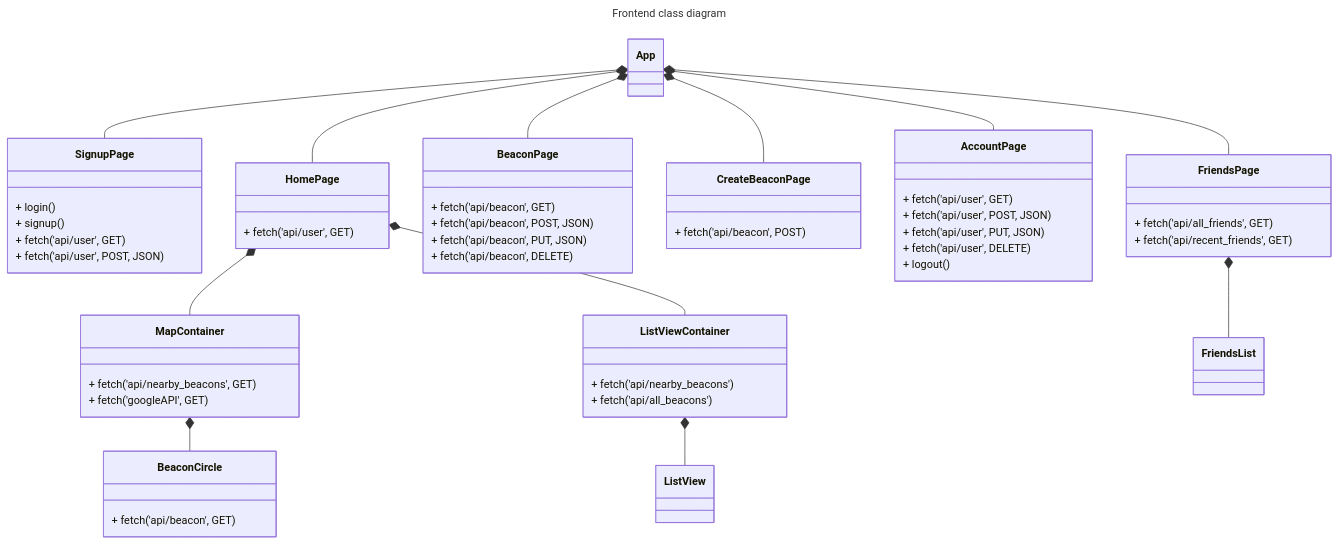
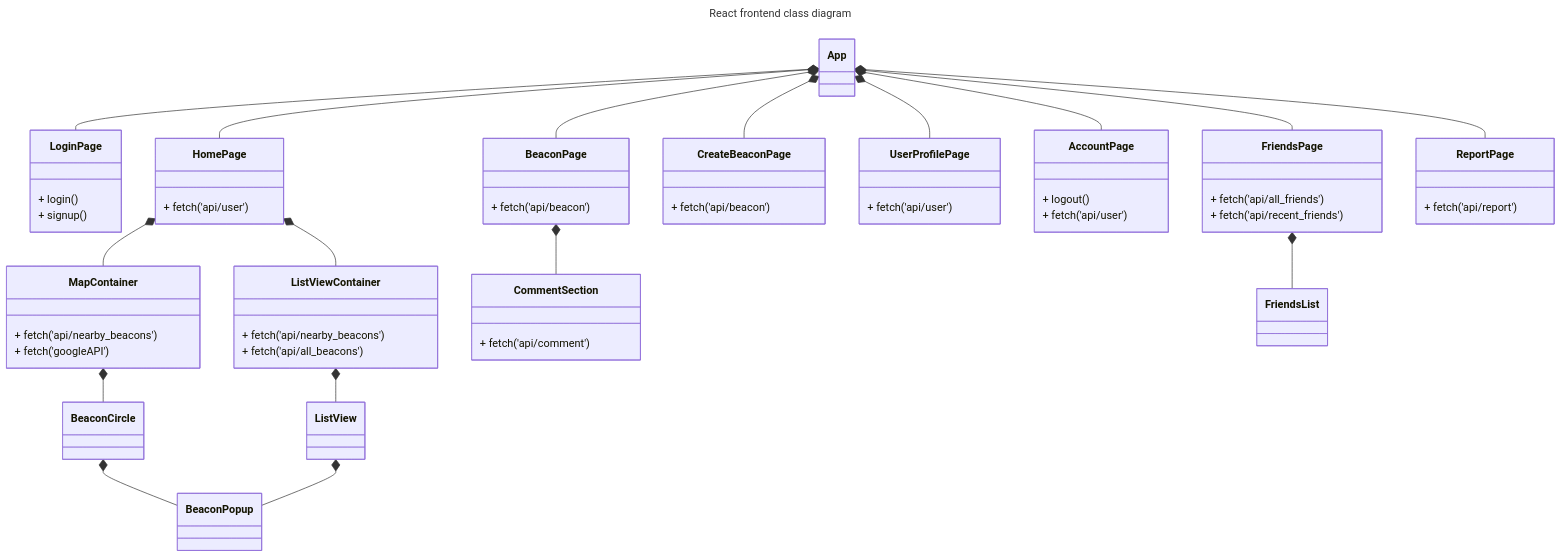
One commit to jenniferlieu/project-lomo-in-person-gaming-app changed the first of 10 diagrams in documentation/docs/system-architecture/classdiagrams.md. Above: the diagram before and after it, drawn with Mermaid. The commit also changed other lines of this file and 3 other files, not shown here.

Commit message:
Add description to frontend class diagram

````diff
--- a/documentation/docs/system-architecture/classdiagrams.md
+++ b/documentation/docs/system-architecture/classdiagrams.md
@@ -19,78 +27,74 @@
 ```mermaid
 ---
-title: Frontend class diagram
+title: React frontend class diagram
 ---
 classDiagram
-    %% -- establish connections -- %%
-    
-    %% top level page views %%
-    App *-- SignupPage
+    App *-- LoginPage
     App *-- HomePage
     App *-- BeaconPage
     App *-- CreateBeaconPage
+    App *-- UserProfilePage
     App *-- AccountPage
     App *-- FriendsPage
+    App *-- ReportPage
 
-    %% page components %%
     HomePage *-- MapContainer
     MapContainer *-- BeaconCircle
-
+    BeaconCircle *-- BeaconPopup
     HomePage *-- ListViewContainer
     ListViewContainer *-- ListView
+    ListView *-- BeaconPopup
+
+    BeaconPage *-- CommentSection
 
     FriendsPage *-- FriendsList
 
-    %% --------------------------------- %%
-    %% -- class variables and methods -- %%
-
-    class SignupPage{
+    class LoginPage{
         + login()
         + signup()
-        + fetch('api/user', GET)
-        + fetch('api/user', POST, JSON)
     }
 
     class HomePage{
-        + fetch('api/user', GET)
+        + fetch('api/user')
     }
 
     class MapContainer{
-        + fetch('api/nearby_beacons', GET)
-        + fetch('googleAPI', GET)
-    }
-
-    class BeaconCircle{
-        + fetch('api/beacon', GET)
+        + fetch('api/nearby_beacons')
+        + fetch('googleAPI')
     }
 
     class ListViewContainer{
         + fetch('api/nearby_beacons')
         + fetch('api/all_beacons')
     }
 
     class BeaconPage{
-        + fetch('api/beacon', GET)
-        + fetch('api/beacon', POST, JSON)
-        + fetch('api/beacon', PUT, JSON)
-        + fetch('api/beacon', DELETE)
+        + fetch('api/beacon')
+    }
+
+    class CommentSection{
+        + fetch('api/comment')
     }
 
     class CreateBeaconPage{
-        + fetch('api/beacon', POST)
+        + fetch('api/beacon')
+    }
+
+    class UserProfilePage{
+        + fetch('api/user')
     }
 
     class AccountPage{
-        + fetch('api/user', GET)
-        + fetch('api/user', POST, JSON)
-        + fetch('api/user', PUT, JSON)
-        + fetch('api/user', DELETE)
         + logout()
+        + fetch('api/user')
     }
 
     class FriendsPage{
-        + fetch('api/all_friends', GET)
-        + fetch('api/recent_friends', GET)
+        + fetch('api/all_friends')
+        + fetch('api/recent_friends')
     }
 
-    
+    class ReportPage{
+        + fetch('api/report')
+    } 
 ```
````
